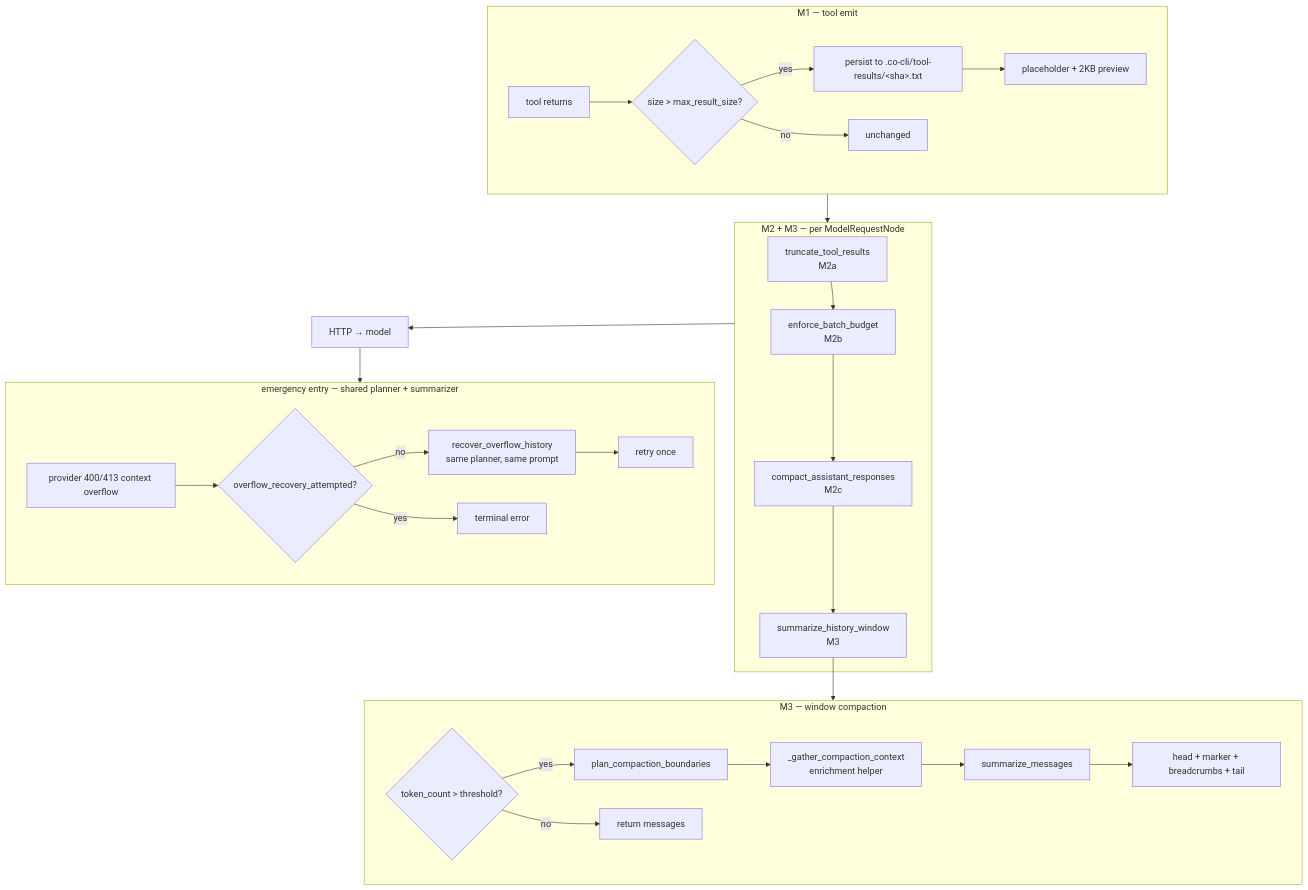
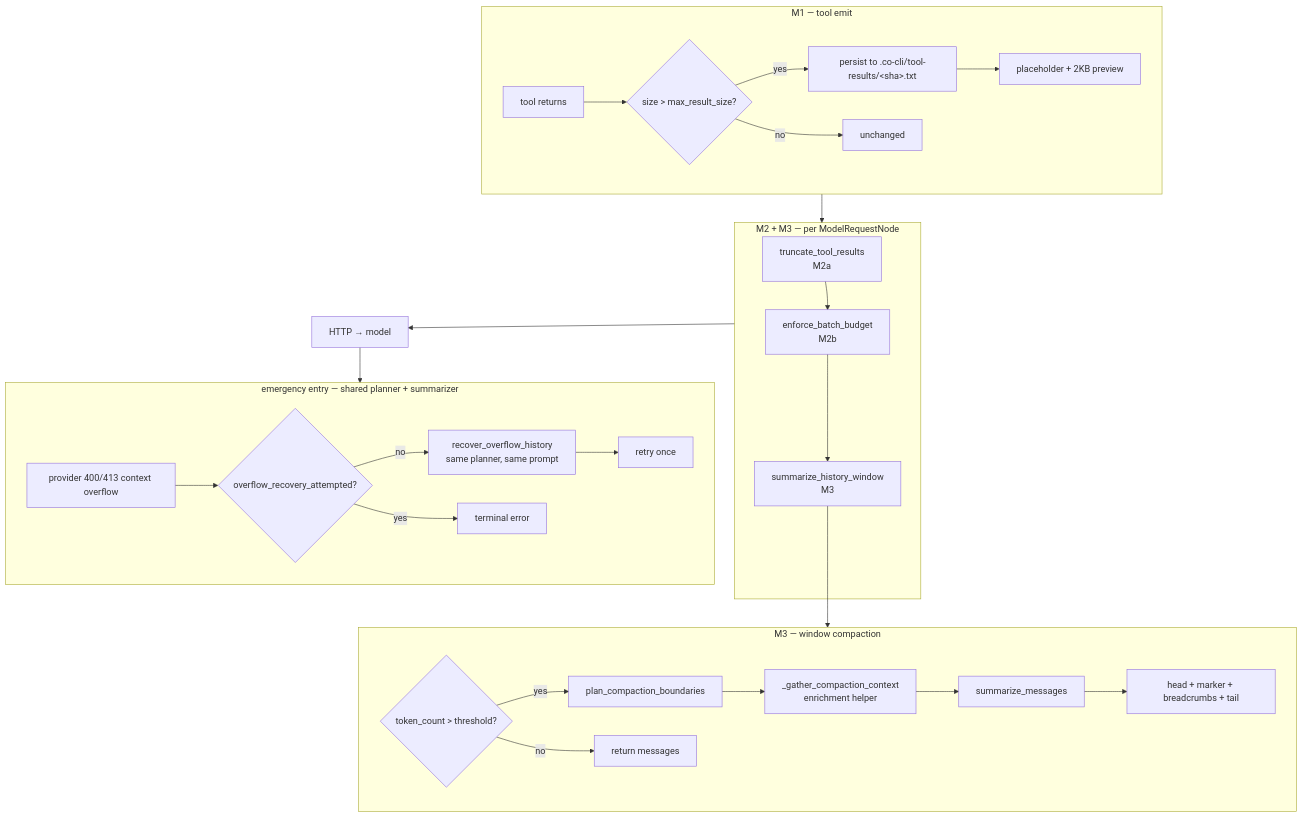
Before and after one commit to binlecode/co-cli: the first of 7 diagrams in docs/specs/compaction.md, drawn with Mermaid. The commit also changed other lines of this file and 11 other files, not shown here.

First line of the commit message:
fix: remove compact_assistant_responses (M2c) — signed ThinkingPart corruption

````diff
--- a/docs/specs/compaction.md
+++ b/docs/specs/compaction.md
@@ -59,43 +59,42 @@
 ```mermaid
 flowchart TD
     subgraph Emit["M1 — tool emit"]
         T[tool returns]
         T --> S{size &gt; max_result_size?}
         S -->|yes| P[persist to .co-cli/tool-results/&lt;sha&gt;.txt]
         P --> Ph[placeholder + 2KB preview]
         S -->|no| Pass[unchanged]
     end
 
     subgraph PerReq["M2 + M3 — per ModelRequestNode"]
         R1[truncate_tool_results<br/>M2a]
         R1b[enforce_batch_budget<br/>M2b]
-        R2[compact_assistant_responses<br/>M2c]
         R5[summarize_history_window<br/>M3]
-        R1 --> R1b --> R2 --> R5
+        R1 --> R1b --> R5
     end
 
     subgraph Window["M3 — window compaction"]
         T1{token_count &gt; threshold?}
         T2[plan_compaction_boundaries]
         T3[_gather_compaction_context<br/>enrichment helper]
         T4[summarize_messages]
         T5[head + marker + breadcrumbs + tail]
         T1 -->|yes| T2 --> T3 --> T4 --> T5
         T1 -->|no| Pass2[return messages]
     end
 
     subgraph Overflow["emergency entry — shared planner + summarizer"]
         O1[provider 400/413 context overflow]
         O2{overflow_recovery_attempted?}
         O3[recover_overflow_history<br/>same planner, same prompt]
         O4[retry once]
         O1 --> O2
         O2 -->|no| O3 --> O4
         O2 -->|yes| O6[terminal error]
     end
 
     Emit --> PerReq
     R5 --> Window
     PerReq --> HTTP[HTTP → model]
     HTTP --> Overflow
 ```
````
